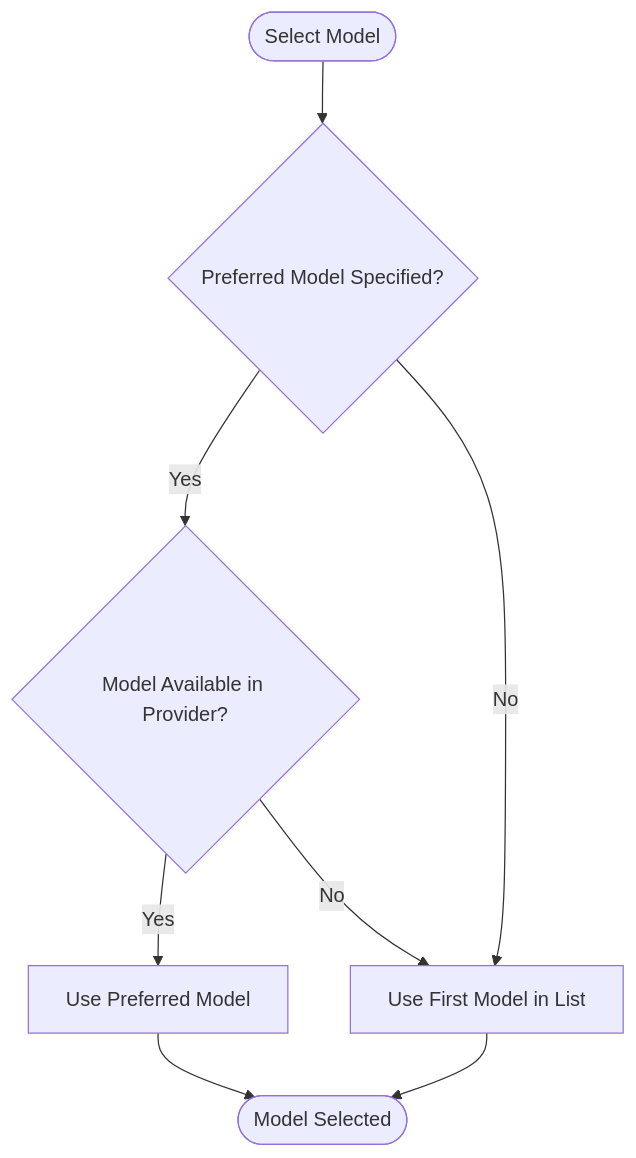
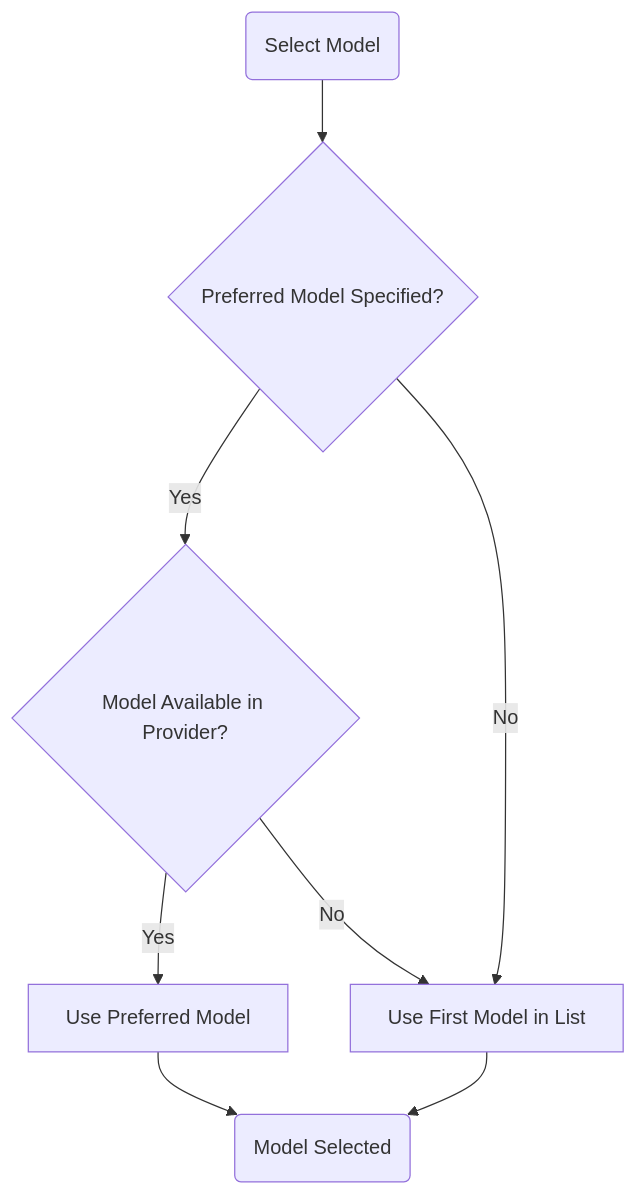
The fourth of 4 diagrams in docs/Architecture & Design/Key Design Patterns/Strategy Pattern for LLM Provider Selection.md (Likhithsai2580/RAVANA-WIKI), drawn with Mermaid before and after one commit. The commit also changed 31 other files, not shown here.

First line of the commit message:
Fix(docs): Correct Mermaid diagram syntax

````diff
--- a/docs/Architecture & Design/Key Design Patterns/Strategy Pattern for LLM Provider Selection.md
+++ b/docs/Architecture & Design/Key Design Patterns/Strategy Pattern for LLM Provider Selection.md
@@ -209,10 +209,10 @@
 ```mermaid
 flowchart TD
-Start([Select Model]) --> CheckPreferred{"Preferred Model Specified?"}
+Start("Select Model") --> CheckPreferred{"Preferred Model Specified?"}
 CheckPreferred --> |Yes| CheckAvailable{"Model Available in Provider?"}
 CheckPreferred --> |No| UseFirst["Use First Model in List"]
 CheckAvailable --> |Yes| UsePreferred["Use Preferred Model"]
 CheckAvailable --> |No| UseFirst
-UsePreferred --> End([Model Selected])
+UsePreferred --> End("Model Selected")
 UseFirst --> End
 ```
````
